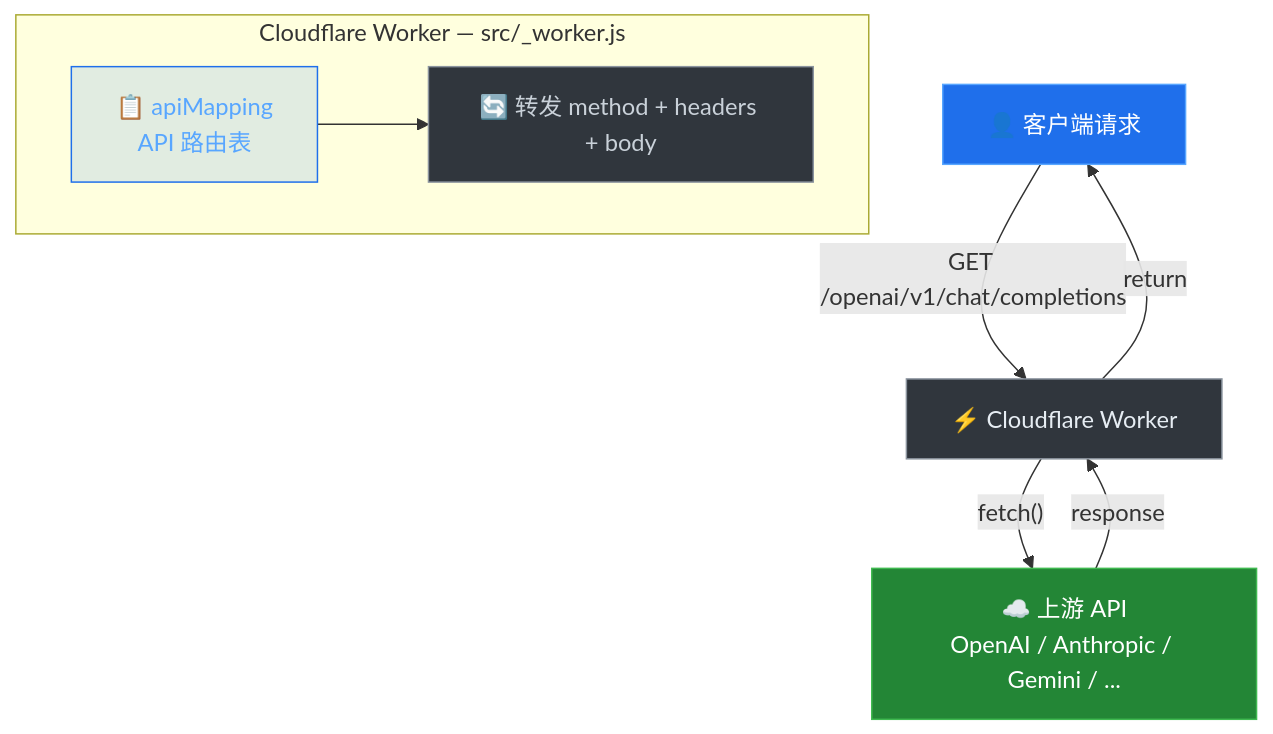
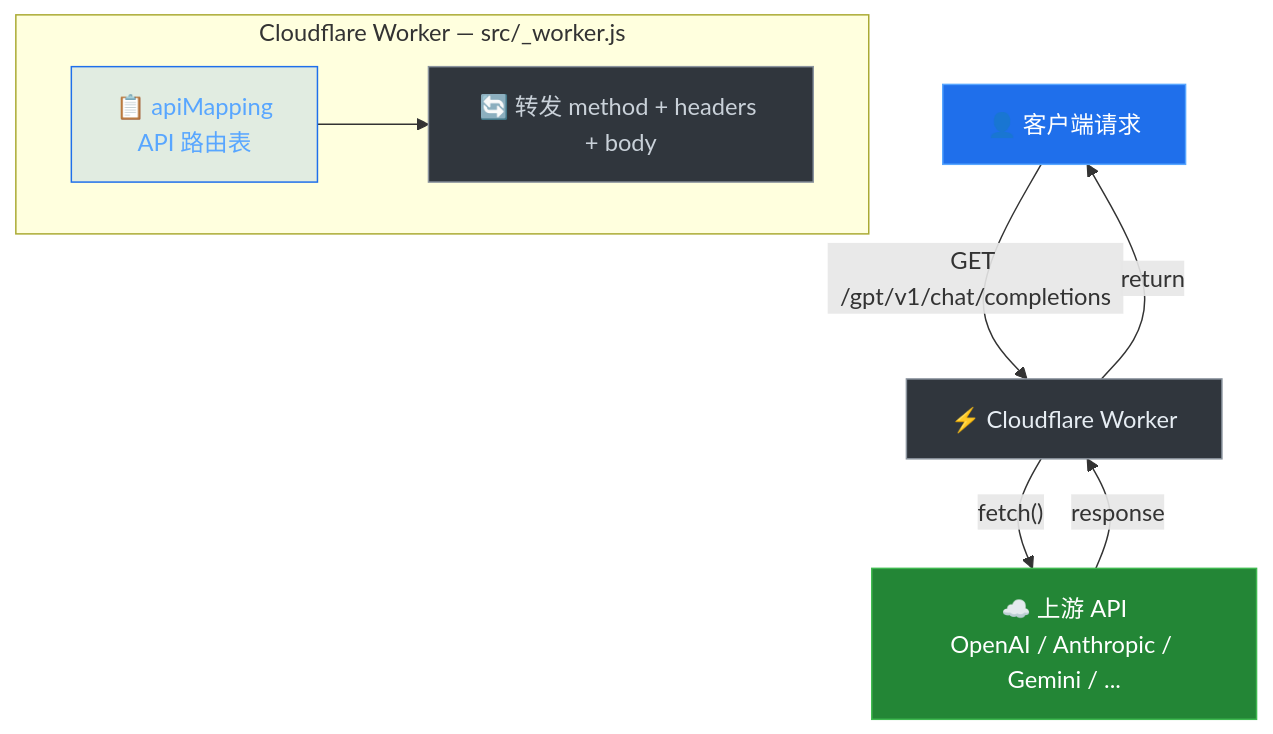
Before and after one commit to lopinx/apirouter: the diagram in README.md, drawn with Mermaid. The commit also changed other lines of this file and 3 other files, not shown here.

Commit message:
重命名前缀：/openai→/gpt，/meta→/llama，/xai→/grok

````diff
--- a/README.md
+++ b/README.md
@@ -108,20 +108,20 @@
 ```mermaid
 flowchart TD
-    C[👤 客户端请求] -->|"GET /openai/v1/chat/completions"| W[⚡ Cloudflare Worker]
+    C[👤 客户端请求] -->|"GET /gpt/v1/chat/completions"| W[⚡ Cloudflare Worker]
 
     subgraph worker ["Cloudflare Worker — src/_worker.js"]
         M[📋 apiMapping<br/>API 路由表]
         P[🔄 转发 method + headers + body]
         M --> P
     end
 
     W -->|"fetch()"| U[☁️ 上游 API<br/>OpenAI / Anthropic / Gemini / ...]
     U -->|"response"| W
     W -->|"return"| C
 
     style C fill:#1f6feb,stroke:#58a6ff,color:#fff
     style W fill:#30363d,stroke:#8b949e,color:#e6edf3
     style M fill:#1f6feb22,stroke:#1f6feb,color:#58a6ff
     style P fill:#30363d,stroke:#8b949e,color:#c9d1d9
     style U fill:#238636,stroke:#3fb950,color:#fff
 ```
````
